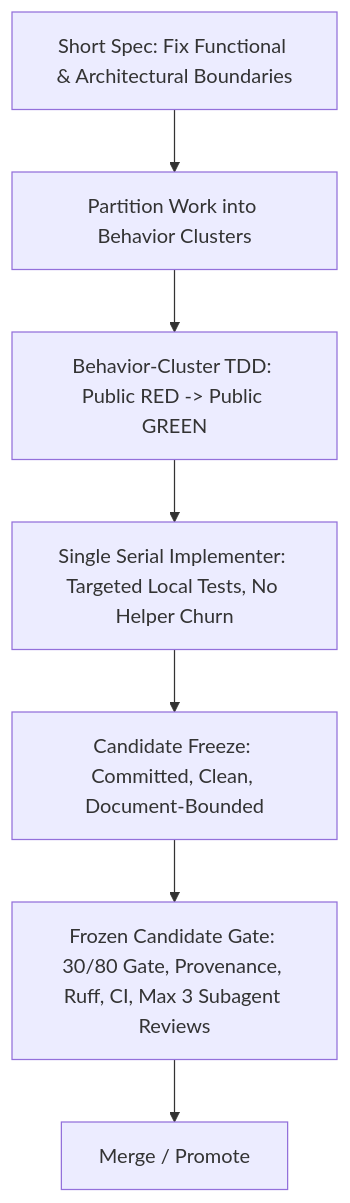
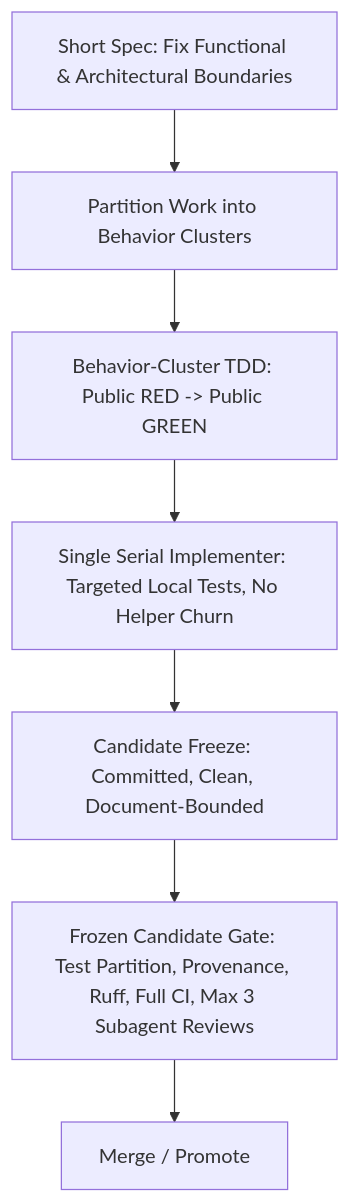
Before and after one commit to cosmosapjw-quantum/urban_traffic_demo: the diagram in docs/harness/PROCESS_INFLATION_GUARDRAILS.md, drawn with Mermaid. The commit also changed other lines of this file and 5 other files, not shown here.

Commit message:
ci: shard full suite with fail-closed partition

````diff
--- a/docs/harness/PROCESS_INFLATION_GUARDRAILS.md
+++ b/docs/harness/PROCESS_INFLATION_GUARDRAILS.md
@@ -58,9 +58,9 @@
 ```mermaid
 graph TD
     A[Short Spec: Fix Functional & Architectural Boundaries] --> B[Partition Work into Behavior Clusters]
     B --> C[Behavior-Cluster TDD: Public RED -> Public GREEN]
     C --> D[Single Serial Implementer: Targeted Local Tests, No Helper Churn]
     D --> E[Candidate Freeze: Committed, Clean, Document-Bounded]
-    E --> F[Frozen Candidate Gate: 30/80 Gate, Provenance, Ruff, CI, Max 3 Subagent Reviews]
+    E --> F[Frozen Candidate Gate: Test Partition, Provenance, Ruff, Full CI, Max 3 Subagent Reviews]
     F --> G[Merge / Promote]
 ```
````
